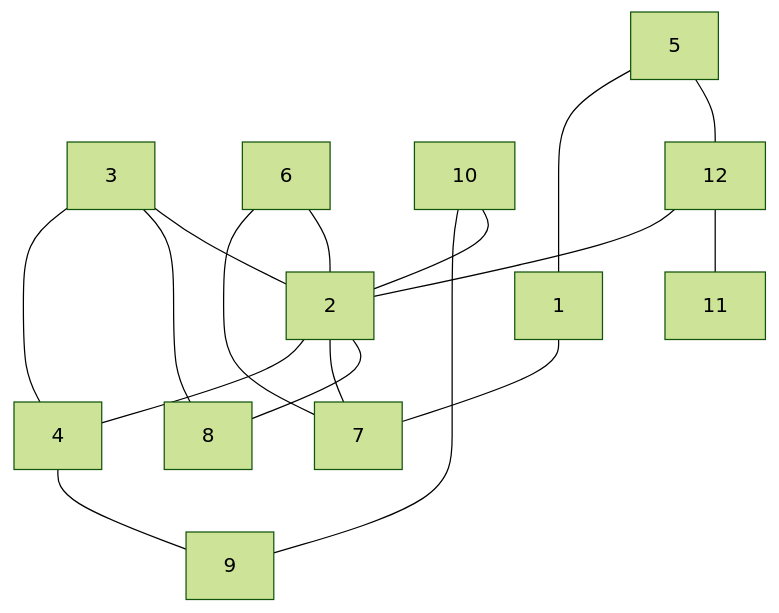
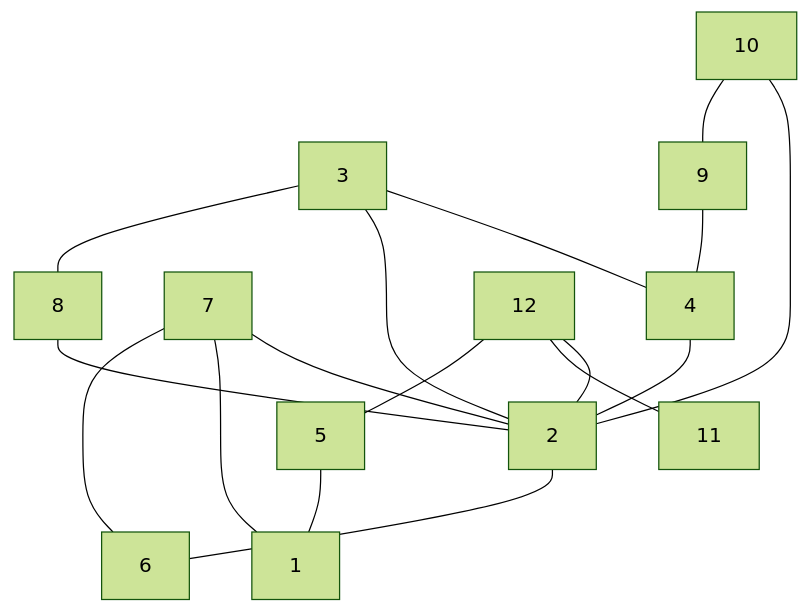
One commit to antononcube/Raku-Graph changed the diagram in README.md. Above: the diagram before and after it, drawn with Mermaid (forest theme). The commit also changed other lines of this file and 1 other file, not shown here.

Commit message:
docs:Marked TODO items.

````diff
--- a/README.md
+++ b/README.md
@@ -84,19 +84,19 @@
 ```mermaid
 graph TD
-5 --- 1
-5 --- 12
+3 --- 4
+3 --- 2
+3 --- 8
 12 --- 2
 12 --- 11
+12 --- 5
+10 --- 2
 10 --- 9
-10 --- 2
-6 --- 7
-6 --- 2
-3 --- 4
-3 --- 8
-3 --- 2
-2 --- 4
-2 --- 7
-2 --- 8
-1 --- 7
-4 --- 9
+9 --- 4
+7 --- 2
+7 --- 1
+7 --- 6
+5 --- 1
+4 --- 2
+8 --- 2
+2 --- 6
 ```
````
